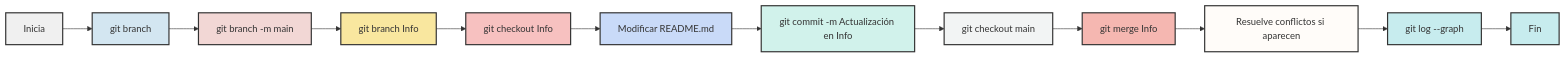
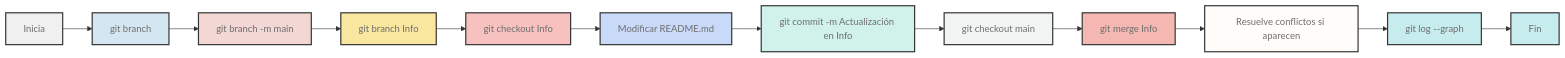
One commit to labsir-un/Lab_0_Intro_software changed the fourth of 5 diagrams in Archivos/Herramientas/Git/Recomendaciones.md. Above: the diagram before and after it, drawn with Mermaid. The commit also changed other lines of this file, not shown here.

Commit message:
Fix: Se corrigen colores e información de graficas en la guia de git y github

````diff
--- a/Archivos/Herramientas/Git/Recomendaciones.md
+++ b/Archivos/Herramientas/Git/Recomendaciones.md
@@ -373,28 +373,28 @@
 ```mermaid
 flowchart LR
     A[Inicia] --> B[git branch]
     B --> C[git branch -m main]
     C --> D[git branch Info]
     D --> E[git checkout Info]
     E --> F[Modificar README.md]
     F --> G[git commit -m Actualización en Info]
     G --> H[git checkout main]
     H --> I[git merge Info]
     I --> J[Resuelve conflictos si aparecen]
     J --> K[git log --graph]
     K --> L[Fin]
 
     %% Colores de fondo
-    style A fill:#f0f0f0,stroke:#333,stroke-width:2px
-    style B fill:#d3e6f1,stroke:#333,stroke-width:2px
-    style C fill:#f2d7d5,stroke:#333,stroke-width:2px
-    style D fill:#f9e79f,stroke:#333,stroke-width:2px
-    style E fill:#f7c1c0,stroke:#333,stroke-width:2px
-    style F fill:#c9daf8,stroke:#333,stroke-width:2px
-    style G fill:#d1f2eb,stroke:#333,stroke-width:2px
-    style H fill:#f2f4f4,stroke:#333,stroke-width:2px
-    style I fill:#f5b7b1,stroke:#333,stroke-width:2px
-    style J fill:#fffcf9,stroke:#333,stroke-width:2px
-    style K fill:#c7ecee,stroke:#333,stroke-width:2px
-    style L fill:#c7ecee,stroke:#333,stroke-width:2px
+    style A fill:#f0f0f0,stroke:#333,stroke-width:2px,color:#6e6e6e
+    style B fill:#d3e6f1,stroke:#333,stroke-width:2px,color:#6e6e6e
+    style C fill:#f2d7d5,stroke:#333,stroke-width:2px,color:#6e6e6e
+    style D fill:#f9e79f,stroke:#333,stroke-width:2px,color:#6e6e6e
+    style E fill:#f7c1c0,stroke:#333,stroke-width:2px,color:#6e6e6e
+    style F fill:#c9daf8,stroke:#333,stroke-width:2px,color:#6e6e6e
+    style G fill:#d1f2eb,stroke:#333,stroke-width:2px,color:#6e6e6e
+    style H fill:#f2f4f4,stroke:#333,stroke-width:2px,color:#6e6e6e
+    style I fill:#f5b7b1,stroke:#333,stroke-width:2px,color:#6e6e6e
+    style J fill:#fffcf9,stroke:#333,stroke-width:2px,color:#6e6e6e
+    style K fill:#c7ecee,stroke:#333,stroke-width:2px,color:#6e6e6e
+    style L fill:#c7ecee,stroke:#333,stroke-width:2px,color:#6e6e6e
 ```
````
